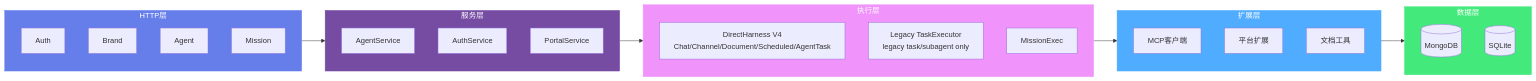
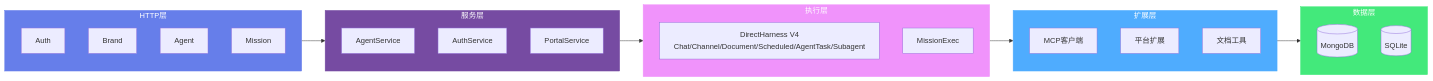
Before and after one commit to jsjm1986/AGIME: the first of 2 diagrams in docs/TEAM_SERVER.md, drawn with Mermaid. The commit also changed other lines of this file and 19 other files, not shown here.

Commit message:
Remove legacy task executor bridge

````diff
--- a/docs/TEAM_SERVER.md
+++ b/docs/TEAM_SERVER.md
@@ -9,40 +9,39 @@
 ```mermaid
 graph LR
     subgraph HTTP["HTTP层"]
         Auth[Auth]
         Brand[Brand]
         Agent[Agent]
         Mission[Mission]
     end
 
     subgraph Service["服务层"]
         AgentService[AgentService]
         AuthService[AuthService]
         PortalService[PortalService]
     end
 
     subgraph Execution["执行层"]
-        DirectHarness[DirectHarness V4<br/>Chat/Channel/Document/Scheduled/AgentTask]
-        TaskExecutor[Legacy TaskExecutor<br/>legacy task/subagent only]
+        DirectHarness[DirectHarness V4<br/>Chat/Channel/Document/Scheduled/AgentTask/Subagent]
         MissionExec[MissionExec]
     end
 
     subgraph Extension["扩展层"]
         McpConnector[MCP客户端]
         PlatformRunner[平台扩展]
         DocumentTools[文档工具]
     end
 
     subgraph Data["数据层"]
         MongoDB[(MongoDB)]
         SQLite[(SQLite)]
     end
 
     HTTP --> Service --> Execution --> Extension --> Data
 
     style HTTP fill:#667eea,stroke:#667eea,color:#ffffff
     style Service fill:#764ba2,stroke:#764ba2,color:#ffffff
     style Execution fill:#f093fb,stroke:#f093fb,color:#ffffff
     style Extension fill:#4facfe,stroke:#4facfe,color:#ffffff
     style Data fill:#43e97b,stroke:#43e97b,color:#ffffff
 ```
````
